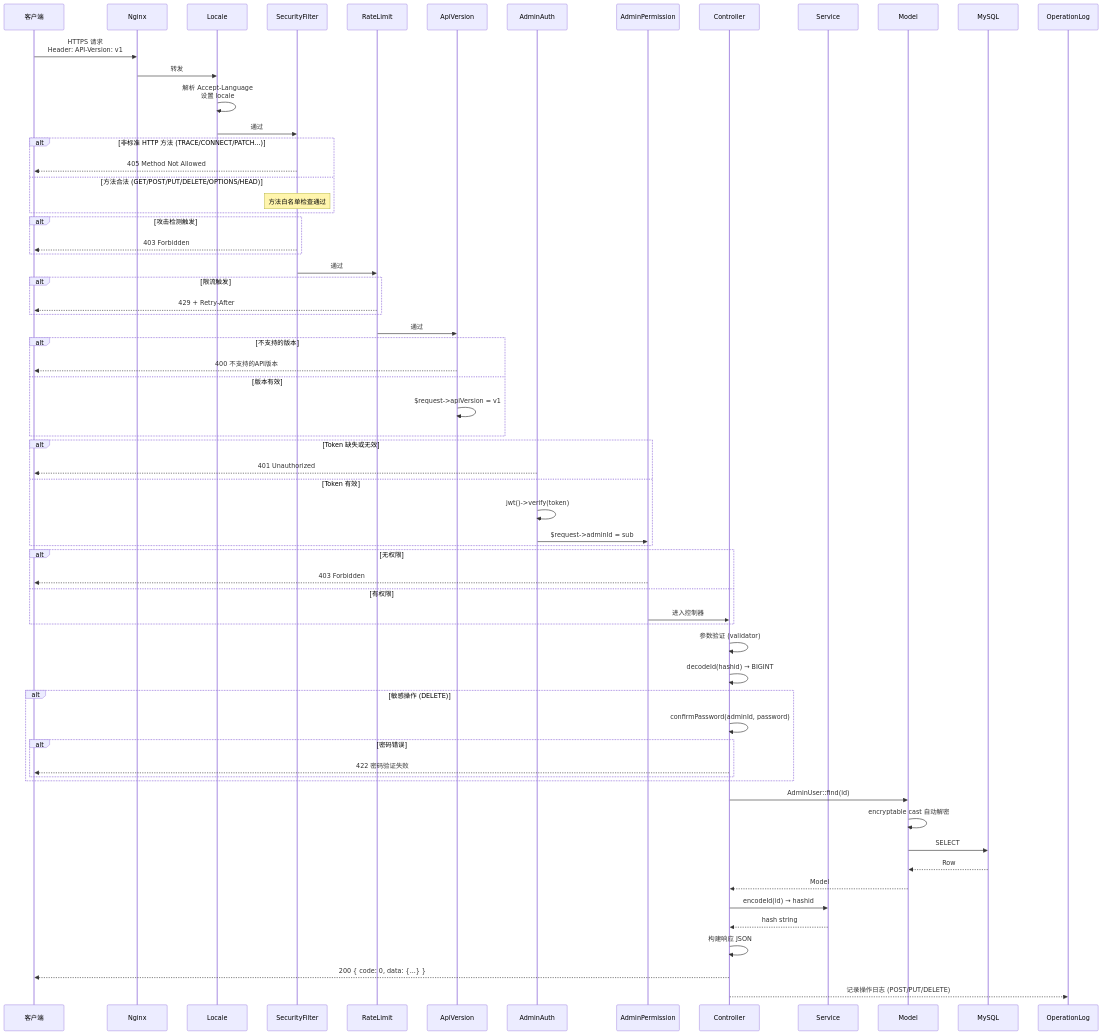
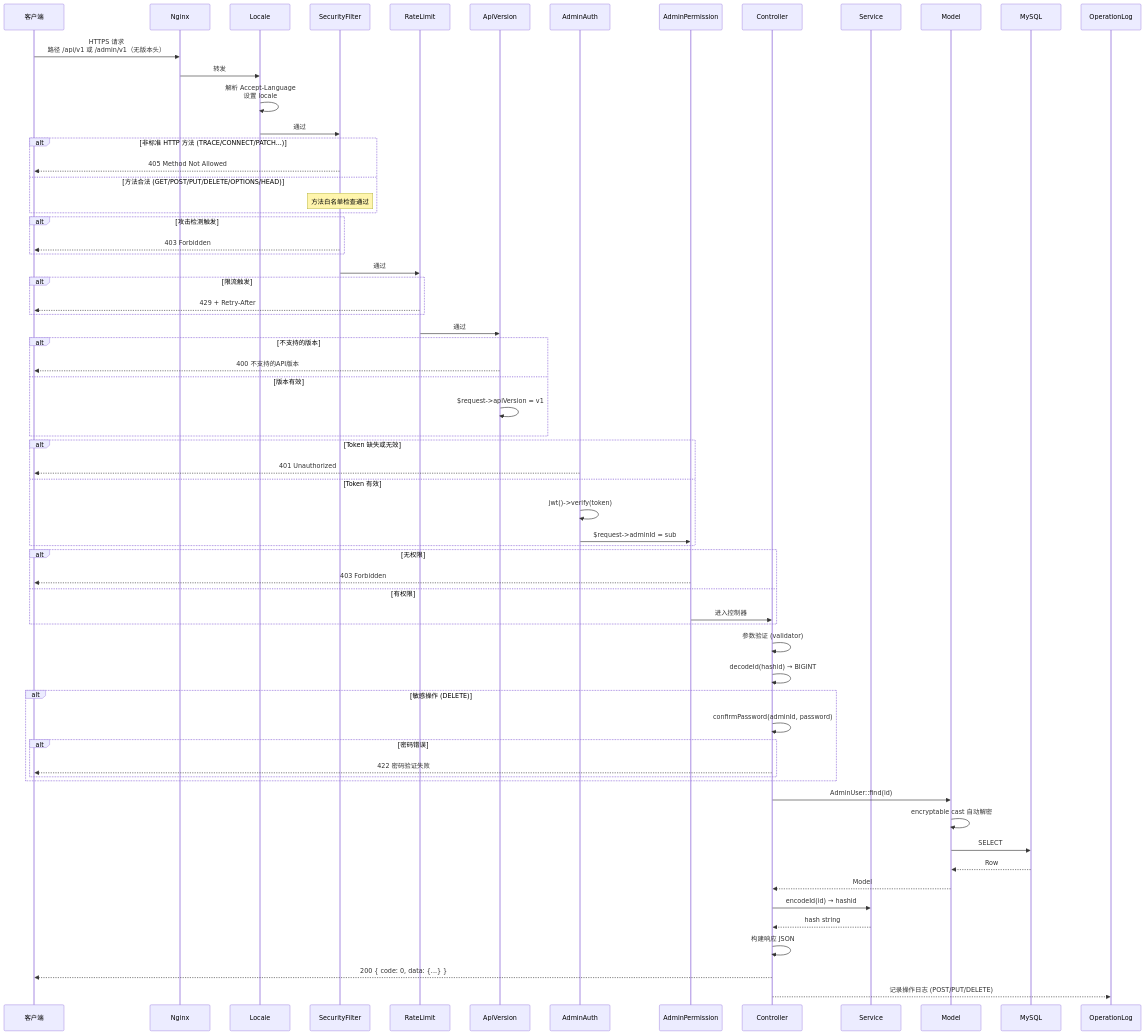
Before and after one commit to erikwang2013/erp-php: the third of 20 diagrams in docs/ARCHITECTURE.md, drawn with Mermaid. The commit also changed other lines of this file and 16 other files, not shown here.

Commit message:
文档：项目结构与计数 v1.4.0 事实校正 + 全站路径版本化说明清扫（README 结构树补新域 136 控制器/23 域；226 表/223 模型/11 中间件；SECURITY CORS 去 API-Version；11 语 README 旧 curl 块清理；FEATURE_DESIGN/CLAUDE/ARCHITECTURE 版本说明）

````diff
--- a/docs/ARCHITECTURE.md
+++ b/docs/ARCHITECTURE.md
@@ -157,81 +157,81 @@
 ```mermaid
 sequenceDiagram
     participant C as 客户端
     participant N as Nginx
     participant MW_LOC as Locale
     participant MW_SF as SecurityFilter
     participant MW_RL as RateLimit
     participant MW0 as ApiVersion
     participant MW1 as AdminAuth
     participant MW2 as AdminPermission
     participant CTL as Controller
     participant SVC as Service
     participant MDL as Model
     participant DB as MySQL
     participant OPLOG as OperationLog
 
-    C->>N: HTTPS 请求<br/>Header: API-Version: v1
+    C->>N: HTTPS 请求<br/>路径 /api/v1 或 /admin/v1（无版本头）
     N->>MW_LOC: 转发
     MW_LOC->>MW_LOC: 解析 Accept-Language<br/>设置 locale
     MW_LOC->>MW_SF: 通过
 
     alt 非标准 HTTP 方法 (TRACE/CONNECT/PATCH...)
         MW_SF-->>C: 405 Method Not Allowed
     else 方法合法 (GET/POST/PUT/DELETE/OPTIONS/HEAD)
         Note over MW_SF: 方法白名单检查通过
     end
 
     alt 攻击检测触发
         MW_SF-->>C: 403 Forbidden
     end
 
     MW_SF->>MW_RL: 通过
 
     alt 限流触发
         MW_RL-->>C: 429 + Retry-After
     end
 
     MW_RL->>MW0: 通过
 
     alt 不支持的版本
         MW0-->>C: 400 不支持的API版本
     else 版本有效
         MW0->>MW0: $request->apiVersion = v1
     end
 
     alt Token 缺失或无效
         MW1-->>C: 401 Unauthorized
     else Token 有效
         MW1->>MW1: jwt()->verify(token)
         MW1->>MW2: $request->adminId = sub
     end
 
     alt 无权限
         MW2-->>C: 403 Forbidden
     else 有权限
         MW2->>CTL: 进入控制器
     end
 
     CTL->>CTL: 参数验证 (validator)
     CTL->>CTL: decodeId(hashid) → BIGINT
 
     alt 敏感操作 (DELETE)
         CTL->>CTL: confirmPassword(adminId, password)
         alt 密码错误
             CTL-->>C: 422 密码验证失败
         end
     end
 
     CTL->>MDL: AdminUser::find(id)
     MDL->>MDL: encryptable cast 自动解密
     MDL->>DB: SELECT
     DB-->>MDL: Row
     MDL-->>CTL: Model
 
     CTL->>SVC: encodeId(id) → hashid
     SVC-->>CTL: hash string
 
     CTL->>CTL: 构建响应 JSON
     CTL-->>C: 200 { code: 0, data: {...} }
     CTL-->>OPLOG: 记录操作日志 (POST/PUT/DELETE)
 ```
````
